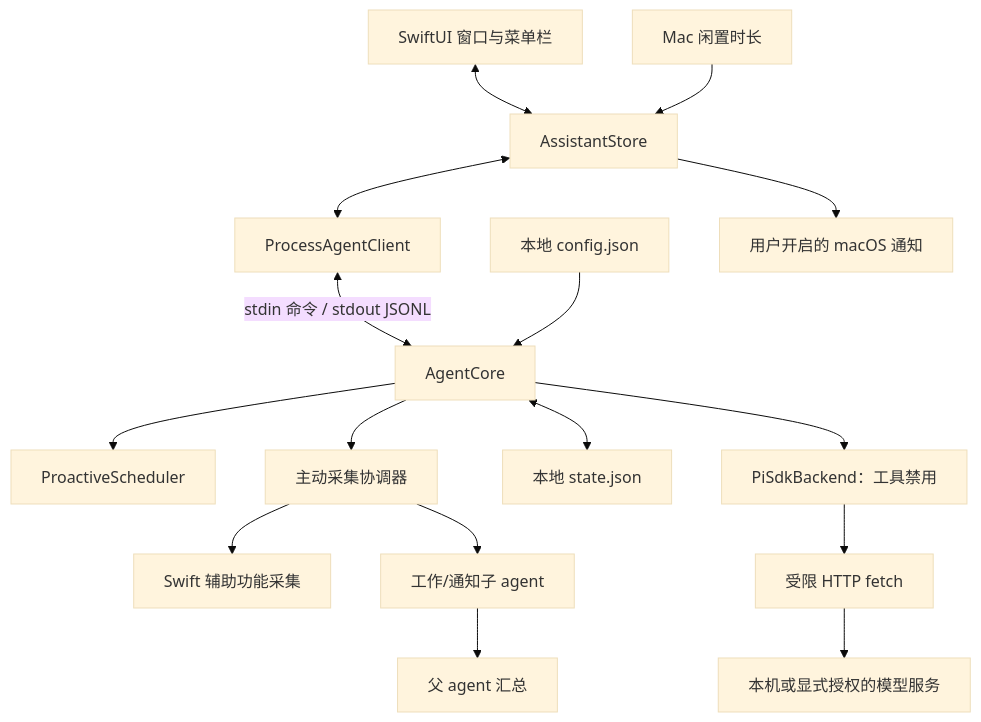
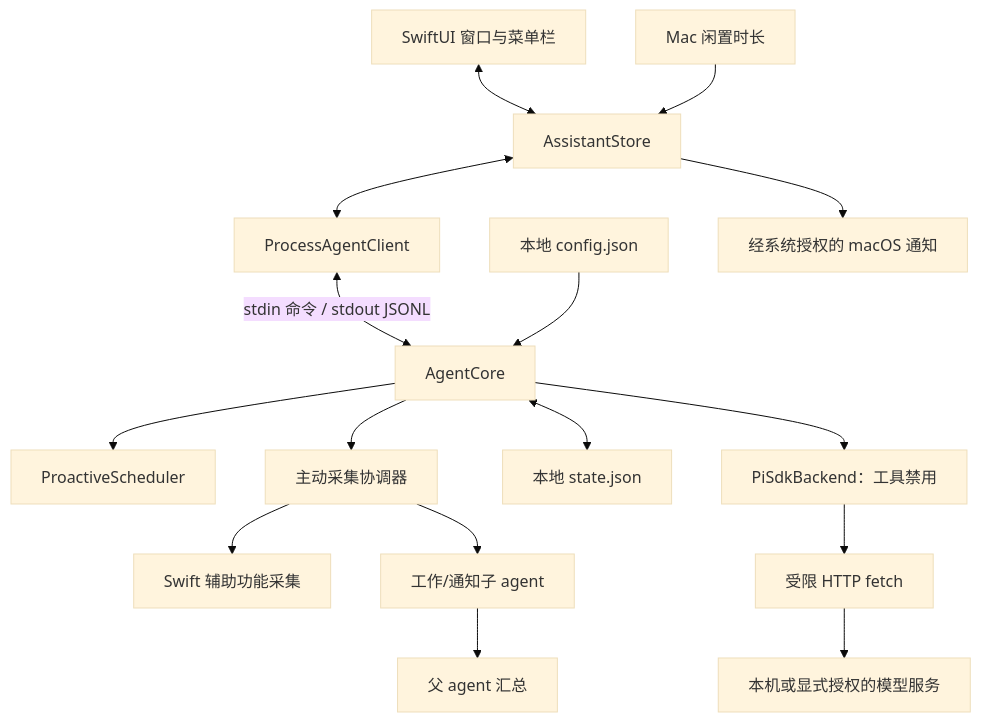
Before and after one commit to wzz6423/another-you: the diagram in docs/architecture.zh-CN.md, drawn with Mermaid (base theme). The commit also changed other lines of this file and 92 other files, not shown here.

````diff
--- a/docs/architecture.zh-CN.md
+++ b/docs/architecture.zh-CN.md
@@ -9,18 +9,18 @@
 ```mermaid
 flowchart TD
     UI[SwiftUI 窗口与菜单栏] <--> Store[AssistantStore]
     Idle[Mac 闲置时长] --> Store[AssistantStore]
     Store <--> Client[ProcessAgentClient]
     Client <-->|stdin 命令 / stdout JSONL| Core[AgentCore]
     Core --> Rules[ProactiveScheduler]
     Core --> Proactive[主动采集协调器]
     Proactive --> SwiftContext[Swift 辅助功能采集]
     Proactive --> Subagents[工作/通知子 agent]
     Subagents --> Parent[父 agent 汇总]
     Core <--> State[本地 state.json]
     Settings[本地 config.json] --> Core
     Core --> Pi[PiSdkBackend：工具禁用]
     Pi --> Fetch[受限 HTTP fetch]
     Fetch --> Model[本机或显式授权的模型服务]
-    Store --> Notifications[用户开启的 macOS 通知]
+    Store --> Notifications[经系统授权的 macOS 通知]
 ```
````
